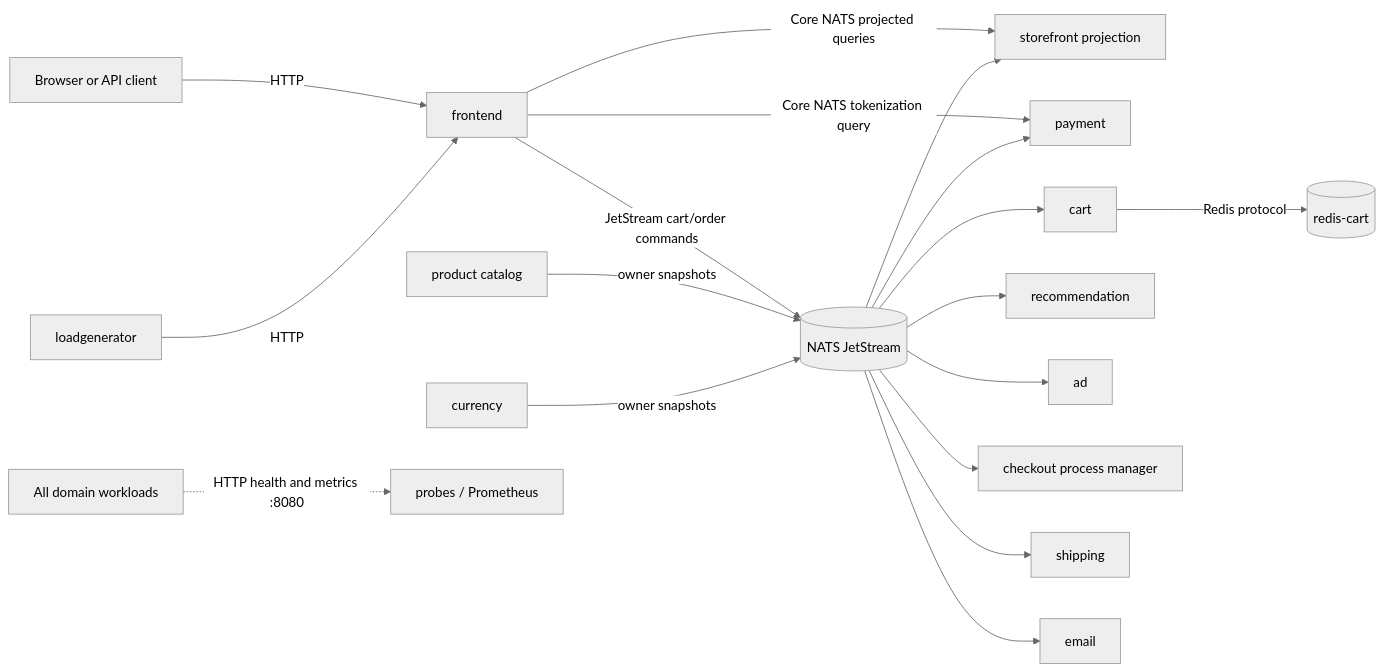
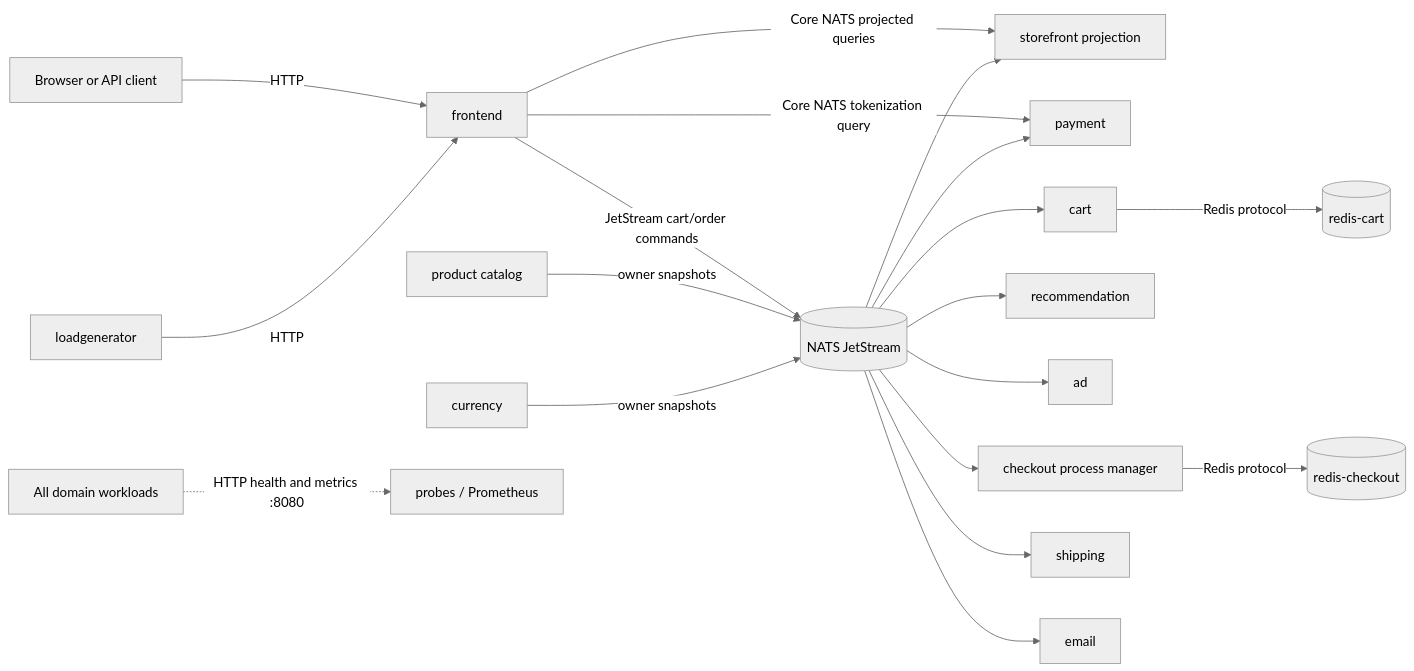
Before and after one commit to Matslo1234/microservices-demo-nats: the first of 2 diagrams in docs/current-service-interactions.md, drawn with Mermaid (neutral theme). The commit also changed other lines of this file and 27 other files, not shown here.

````diff
--- a/docs/current-service-interactions.md
+++ b/docs/current-service-interactions.md
@@ -10,23 +10,24 @@
 ```mermaid
 flowchart LR
     User[Browser or API client] -->|HTTP| FE[frontend]
     Load[loadgenerator] -->|HTTP| FE
 
     FE -->|Core NATS projected queries| Projection[storefront projection]
     FE -->|JetStream cart/order commands| NATS[(NATS JetStream)]
     FE -->|Core NATS tokenization query| Payment[payment]
 
     Catalog[product catalog] -->|owner snapshots| NATS
     Currency[currency] -->|owner snapshots| NATS
     NATS --> Cart[cart]
     NATS --> Recommendation[recommendation]
     NATS --> Ad[ad]
     NATS --> Checkout[checkout process manager]
     NATS --> Shipping[shipping]
     NATS --> Payment
     NATS --> Email[email]
     NATS --> Projection
-    Cart -->|Redis protocol| Redis[(redis-cart)]
+    Cart -->|Redis protocol| CartRedis[(redis-cart)]
+    Checkout -->|Redis protocol| CheckoutRedis[(redis-checkout)]
 
     Apps[All domain workloads] -.->|HTTP health and metrics :8080| Monitor[probes / Prometheus]
 ```
````
